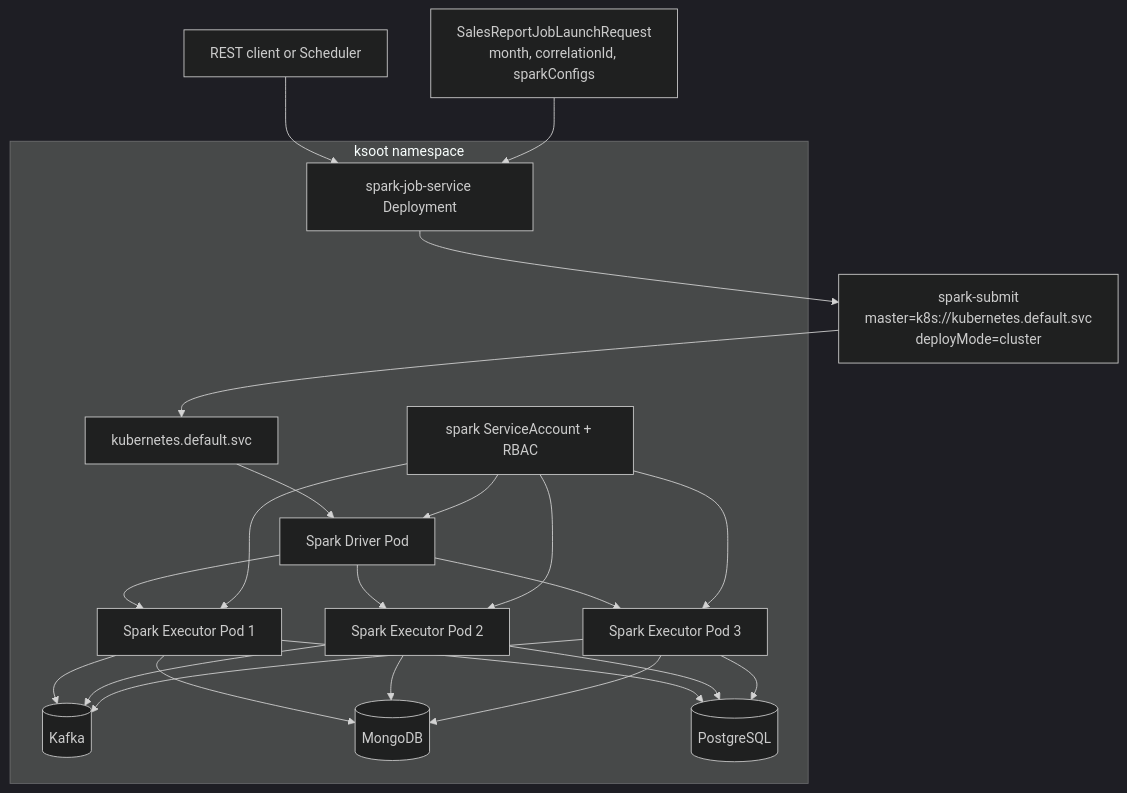
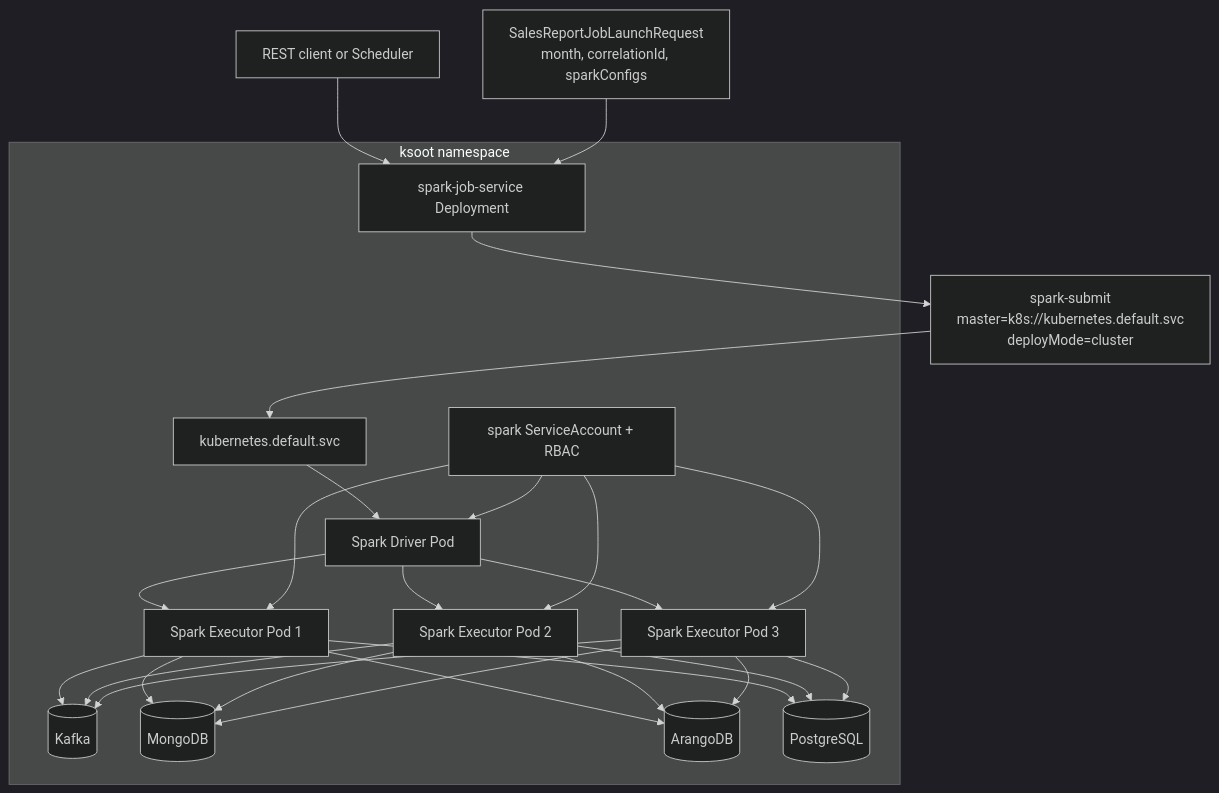
Before and after one commit to paulchen8206/Spark-Platform-on-Kubernetes-with-Spring-Boot: the third of 3 diagrams in docs/RUNBOOK.md, drawn with Mermaid (dark theme). The commit also changed other lines of this file and 9 other files, not shown here.

````diff
--- a/docs/RUNBOOK.md
+++ b/docs/RUNBOOK.md
@@ -135,42 +136,47 @@
 ```mermaid
 flowchart TB
   subgraph K8s[ksoot namespace]
     SVC[spark-job-service Deployment]
     SA[spark ServiceAccount + RBAC]
     KAPI[kubernetes.default.svc]
     DRV[Spark Driver Pod]
     EX1[Spark Executor Pod 1]
     EX2[Spark Executor Pod 2]
     EX3[Spark Executor Pod 3]
     KAFKA[(Kafka)]
     MONGO[(MongoDB)]
+    ARANGO[(ArangoDB)]
     PG[(PostgreSQL)]
   end
 
   User[REST client or Scheduler] --> SVC
   Req[SalesReportJobLaunchRequest\nmonth, correlationId, sparkConfigs] --> SVC
 
   SVC --> Submit[spark-submit\nmaster=k8s://kubernetes.default.svc\ndeployMode=cluster]
   Submit --> KAPI
   KAPI --> DRV
   DRV --> EX1
   DRV --> EX2
   DRV --> EX3
 
   SA --> DRV
   SA --> EX1
   SA --> EX2
   SA --> EX3
 
   EX1 --> MONGO
   EX2 --> MONGO
   EX3 --> MONGO
 
+  EX1 --> ARANGO
+  EX2 --> ARANGO
+  EX3 --> ARANGO
+
   EX1 --> PG
   EX2 --> PG
   EX3 --> PG
 
   EX1 --> KAFKA
   EX2 --> KAFKA
   EX3 --> KAFKA
 ```
````
